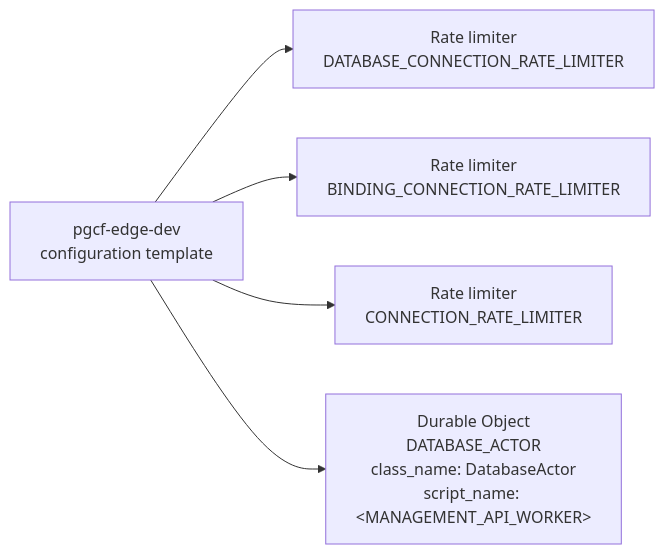
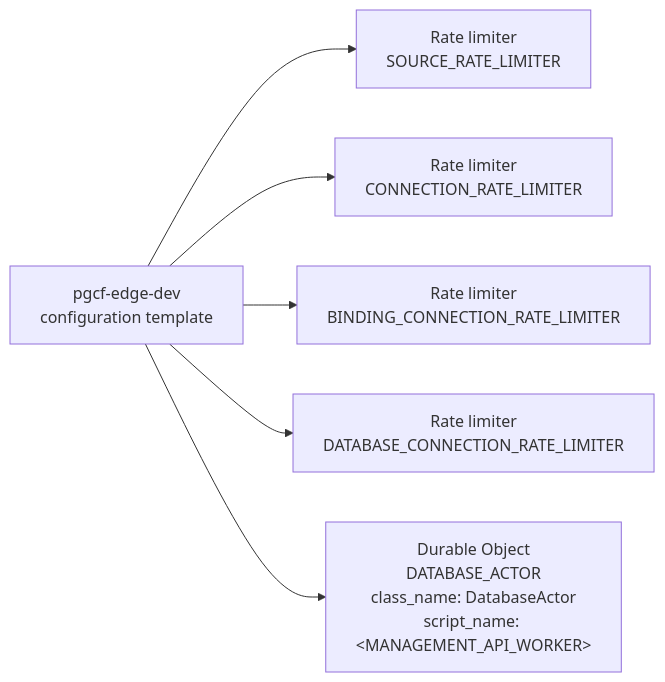
Before and after one commit to amerged-org/cloudflare-postgres: the diagram in docs/architecture/mermaider/edge-resources.mmd, drawn with Mermaid. The commit also changed 7 other files, not shown here.

Commit message:
docs: refresh the generated architecture diagrams

```diff
--- a/docs/architecture/mermaider/edge-resources.mmd
+++ b/docs/architecture/mermaider/edge-resources.mmd
@@ -1,10 +1,12 @@
 flowchart LR
-    n_f3ab956c59bc["Rate limiter<br/>CONNECTION_RATE_LIMITER"]
-    n_c7ad88ca9d7f["Rate limiter<br/>BINDING_CONNECTION_RATE_LIMITER"]
+    n_f3ab956c59bc["Rate limiter<br/>DATABASE_CONNECTION_RATE_LIMITER"]
+    n_c7ad88ca9d7f["Rate limiter<br/>CONNECTION_RATE_LIMITER"]
     n_7b6a90f74db1["pgcf-edge-dev<br/>configuration template"]
-    n_3c8077e8f708["Rate limiter<br/>DATABASE_CONNECTION_RATE_LIMITER"]
+    n_3c8077e8f708["Rate limiter<br/>SOURCE_RATE_LIMITER"]
     n_02b18227568e["Durable Object<br/>DATABASE_ACTOR<br/>class_name: DatabaseActor<br/>script_name: #60;MANAGEMENT_API_WORKER#62;"]
+    n_db75c046bb05["Rate limiter<br/>BINDING_CONNECTION_RATE_LIMITER"]
     n_7b6a90f74db1 --> n_3c8077e8f708
     n_7b6a90f74db1 --> n_c7ad88ca9d7f
+    n_7b6a90f74db1 --> n_db75c046bb05
     n_7b6a90f74db1 --> n_f3ab956c59bc
     n_7b6a90f74db1 --> n_02b18227568e
```
